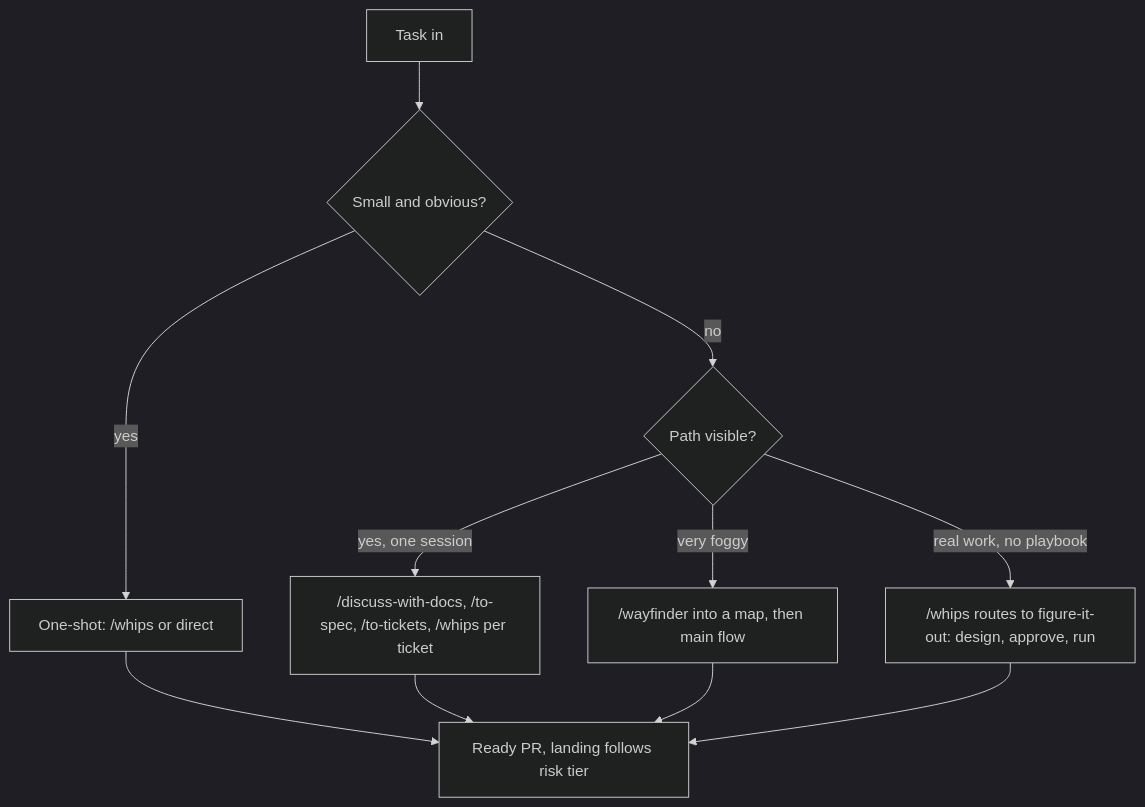
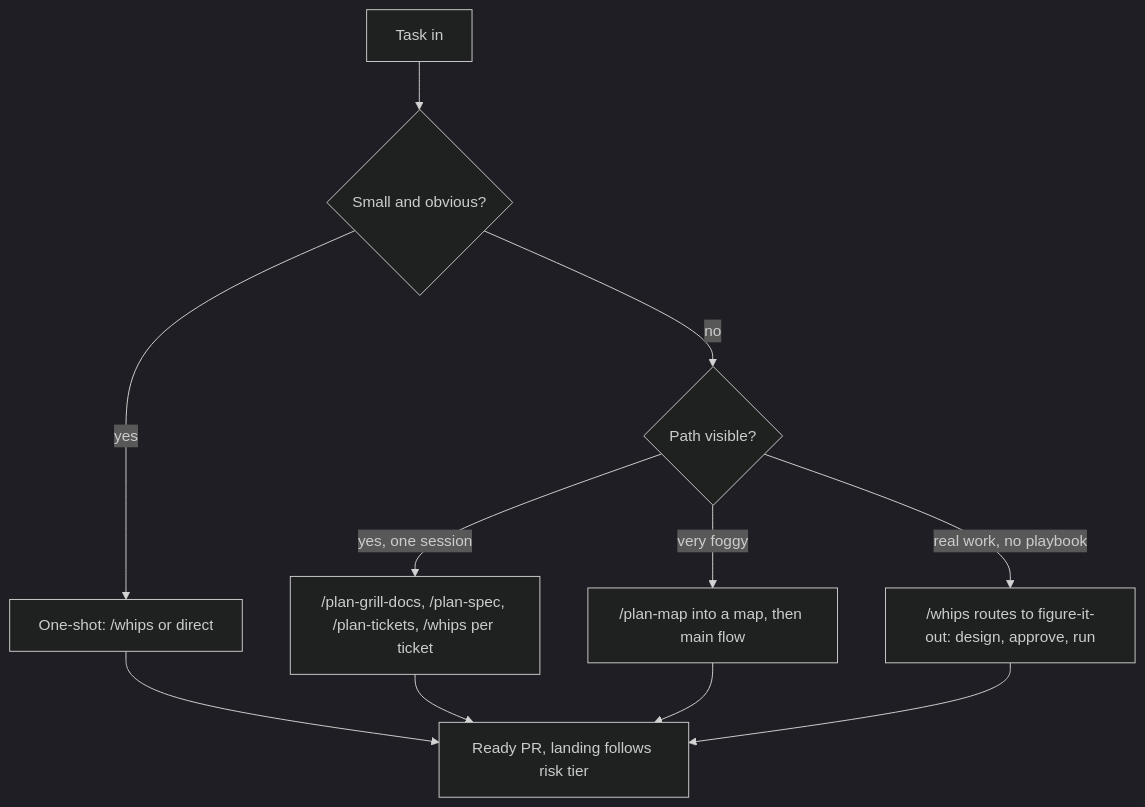
Before and after one commit to TudeOrangBiasa/skills-for-agents: the first of 10 diagrams in skills/user-invoked/guide/COOKBOOK.md, drawn with Mermaid (dark theme). The commit also changed other lines of this file and 441 other files, not shown here.

````diff
--- a/skills/user-invoked/guide/COOKBOOK.md
+++ b/skills/user-invoked/guide/COOKBOOK.md
@@ -13,13 +13,13 @@
 ```mermaid
 flowchart TD
     T["Task in"] --> Q1{"Small and obvious?"}
     Q1 -->|yes| ONE["One-shot: /whips or direct"]
     Q1 -->|no| Q2{"Path visible?"}
-    Q2 -->|"yes, one session"| IDEA["/discuss-with-docs, /to-spec, /to-tickets, /whips per ticket"]
-    Q2 -->|"very foggy"| WAY["/wayfinder into a map, then main flow"]
+    Q2 -->|"yes, one session"| IDEA["/plan-grill-docs, /plan-spec, /plan-tickets, /whips per ticket"]
+    Q2 -->|"very foggy"| WAY["/plan-map into a map, then main flow"]
     Q2 -->|"real work, no playbook"| FIG["/whips routes to figure-it-out: design, approve, run"]
     ONE --> PR["Ready PR, landing follows risk tier"]
     IDEA --> PR
     WAY --> PR
     FIG --> PR
 ```
````
